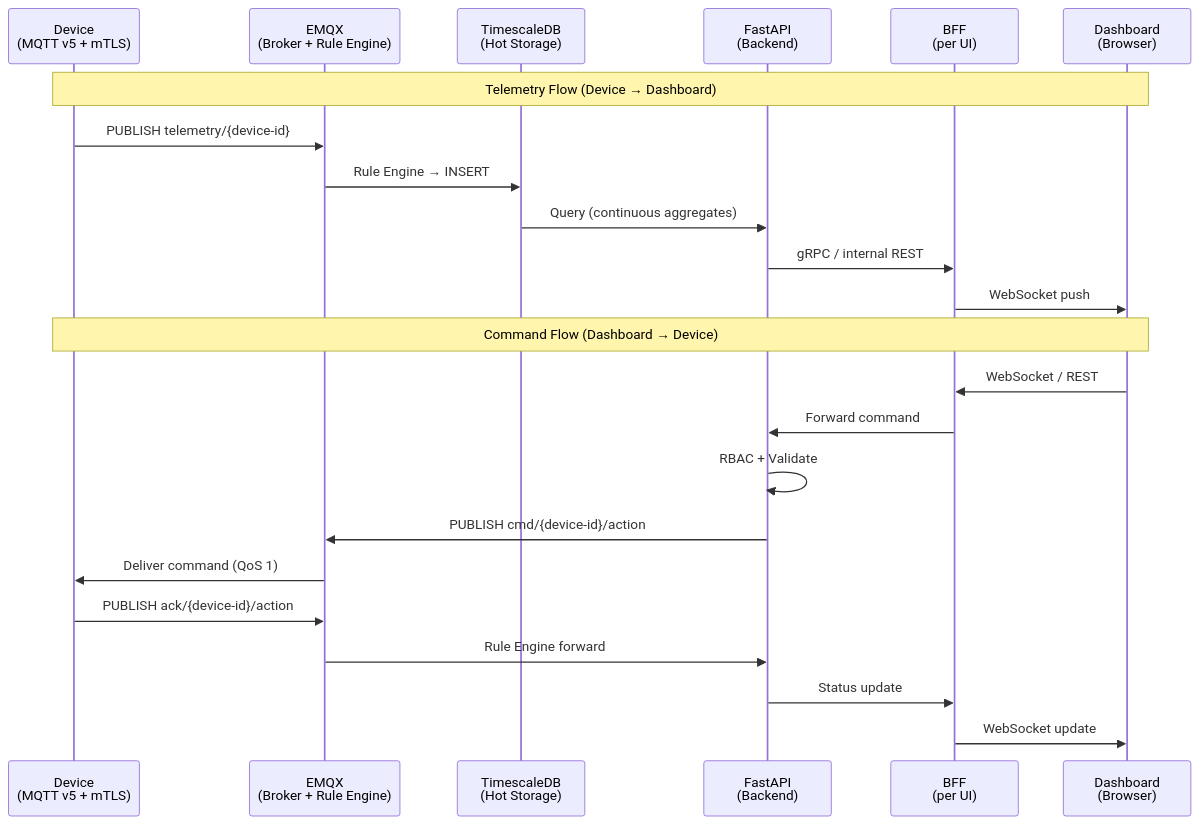
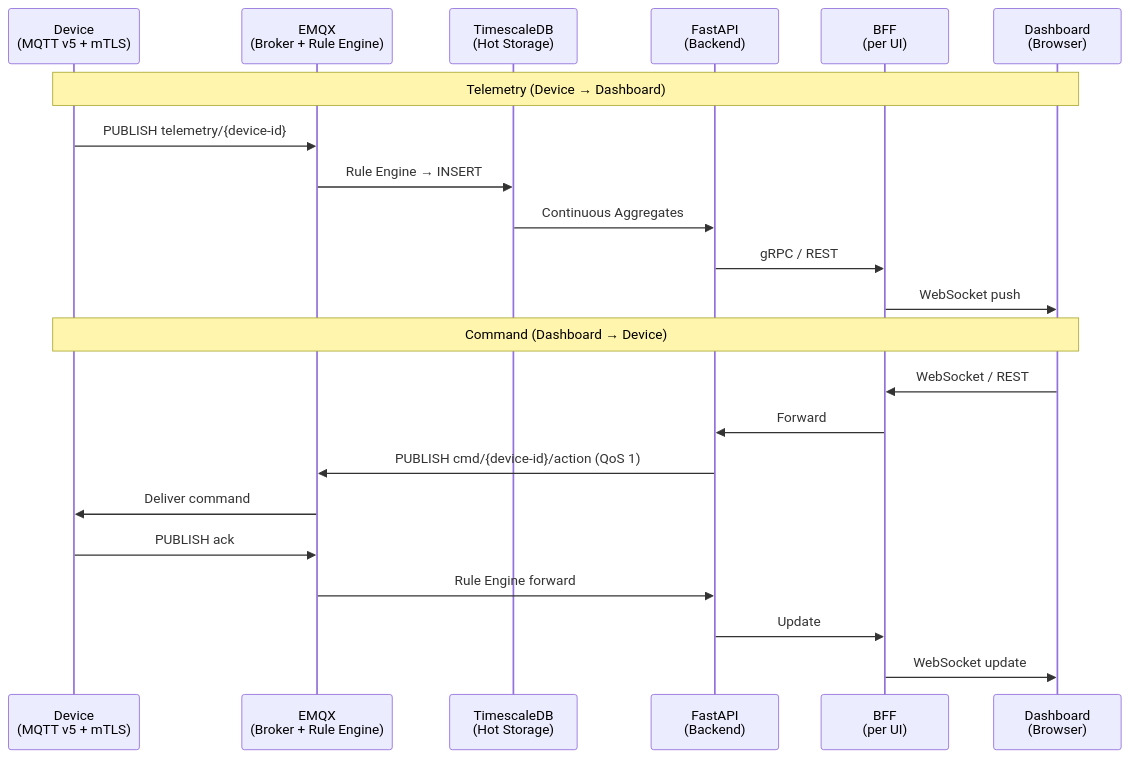
Before and after one commit to osisdie/osisdie.github.io: the first of 3 diagrams in _posts/2026/2026-03-30-iot-1m-device-architecture.md, drawn with Mermaid. The commit also changed other lines of this file and 3 other files, not shown here.

````diff
--- a/_posts/2026/2026-03-30-iot-1m-device-architecture.md
+++ b/_posts/2026/2026-03-30-iot-1m-device-architecture.md
@@ -38,27 +39,26 @@
 ```mermaid
 sequenceDiagram
     participant D as Device<br/>(MQTT v5 + mTLS)
     participant B as EMQX<br/>(Broker + Rule Engine)
     participant T as TimescaleDB<br/>(Hot Storage)
     participant A as FastAPI<br/>(Backend)
     participant BFF as BFF<br/>(per UI)
     participant U as Dashboard<br/>(Browser)
 
-    Note over D,U: Telemetry Flow (Device → Dashboard)
+    Note over D,U: Telemetry (Device → Dashboard)
     D->>B: PUBLISH telemetry/{device-id}
     B->>T: Rule Engine → INSERT
-    T->>A: Query (continuous aggregates)
-    A->>BFF: gRPC / internal REST
+    T->>A: Continuous Aggregates
+    A->>BFF: gRPC / REST
     BFF->>U: WebSocket push
 
-    Note over D,U: Command Flow (Dashboard → Device)
+    Note over D,U: Command (Dashboard → Device)
     U->>BFF: WebSocket / REST
-    BFF->>A: Forward command
-    A->>A: RBAC + Validate
-    A->>B: PUBLISH cmd/{device-id}/action
-    B->>D: Deliver command (QoS 1)
-    D->>B: PUBLISH ack/{device-id}/action
+    BFF->>A: Forward
+    A->>B: PUBLISH cmd/{device-id}/action (QoS 1)
+    B->>D: Deliver command
+    D->>B: PUBLISH ack
     B->>A: Rule Engine forward
-    A->>BFF: Status update
+    A->>BFF: Update
     BFF->>U: WebSocket update
 ```
````
